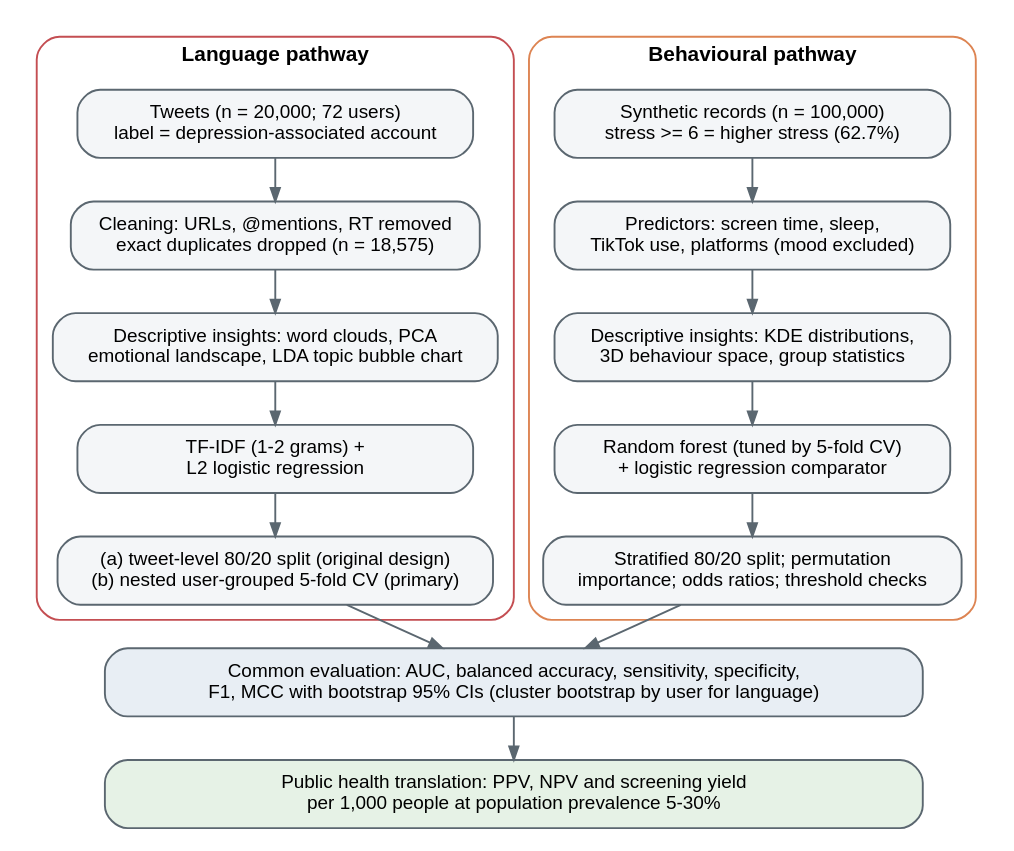
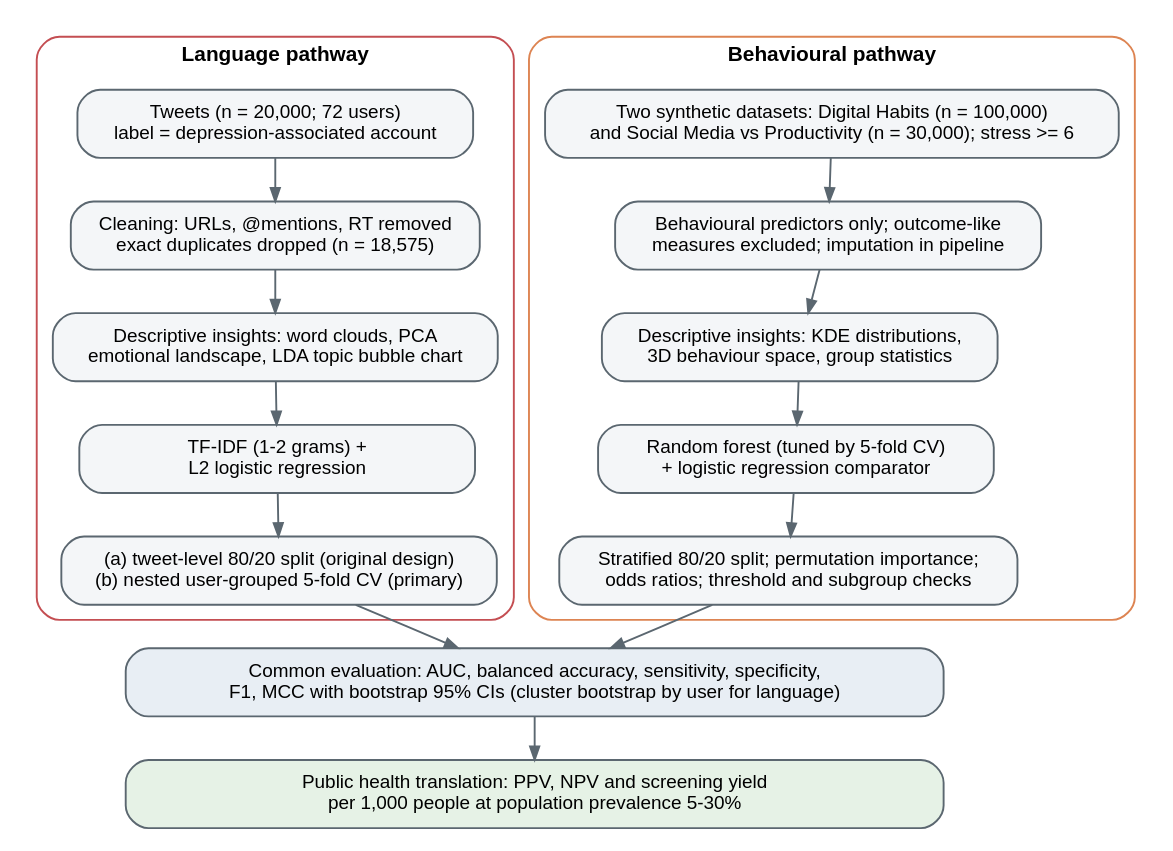
The diagram in analysis/pipeline.dot (Tertsegha1/digital-wellbeing-distress-signals), drawn with Graphviz before and after one commit. The commit also changed 12 other files, not shown here.

First line of the commit message:
Add Social Media vs Productivity analysis (main project's dataset)

```diff
--- a/analysis/pipeline.dot
+++ b/analysis/pipeline.dot
@@ -1,24 +1,24 @@
 digraph G {
   rankdir=TB; nodesep=0.35; ranksep=0.32;
   node [shape=box, style="rounded,filled", fontname="Helvetica", fontsize=10, fillcolor="#F4F6F8", color="#5B6770", width=2.9];
   edge [color="#5B6770", arrowsize=0.7];
   subgraph cluster_l { label="Language pathway"; fontname="Helvetica-Bold"; fontsize=11; color="#C44E52"; style=rounded;
     l1 [label="Tweets (n = 20,000; 72 users)\nlabel = depression-associated account"];
     l2 [label="Cleaning: URLs, @mentions, RT removed\nexact duplicates dropped (n = 18,575)"];
     l3 [label="TF-IDF (1-2 grams) +\nL2 logistic regression"];
     l4 [label="(a) tweet-level 80/20 split (original design)\n(b) nested user-grouped 5-fold CV (primary)"];
     l5 [label="Descriptive insights: word clouds, PCA
 emotional landscape, LDA topic bubble chart"];
     l1->l2->l5->l3->l4; }
   subgraph cluster_b { label="Behavioural pathway"; fontname="Helvetica-Bold"; fontsize=11; color="#DD8452"; style=rounded;
-    b1 [label="Synthetic records (n = 100,000)\nstress >= 6 = higher stress (62.7%)"];
-    b2 [label="Predictors: screen time, sleep,\nTikTok use, platforms (mood excluded)"];
+    b1 [label="Two synthetic datasets: Digital Habits (n = 100,000)\nand Social Media vs Productivity (n = 30,000); stress >= 6"];
+    b2 [label="Behavioural predictors only; outcome-like\nmeasures excluded; imputation in pipeline"];
     b3 [label="Random forest (tuned by 5-fold CV)\n+ logistic regression comparator"];
-    b4 [label="Stratified 80/20 split; permutation\nimportance; odds ratios; threshold checks"];
+    b4 [label="Stratified 80/20 split; permutation importance;\nodds ratios; threshold and subgroup checks"];
     b5 [label="Descriptive insights: KDE distributions,
 3D behaviour space, group statistics"];
     b1->b2->b5->b3->b4; }
   e [label="Common evaluation: AUC, balanced accuracy, sensitivity, specificity,\nF1, MCC with bootstrap 95% CIs (cluster bootstrap by user for language)", fillcolor="#E8EEF4", width=6];
   p [label="Public health translation: PPV, NPV and screening yield\nper 1,000 people at population prevalence 5-30%", fillcolor="#E6F2E6", width=6];
   l4->e; b4->e; e->p;
 }
```
